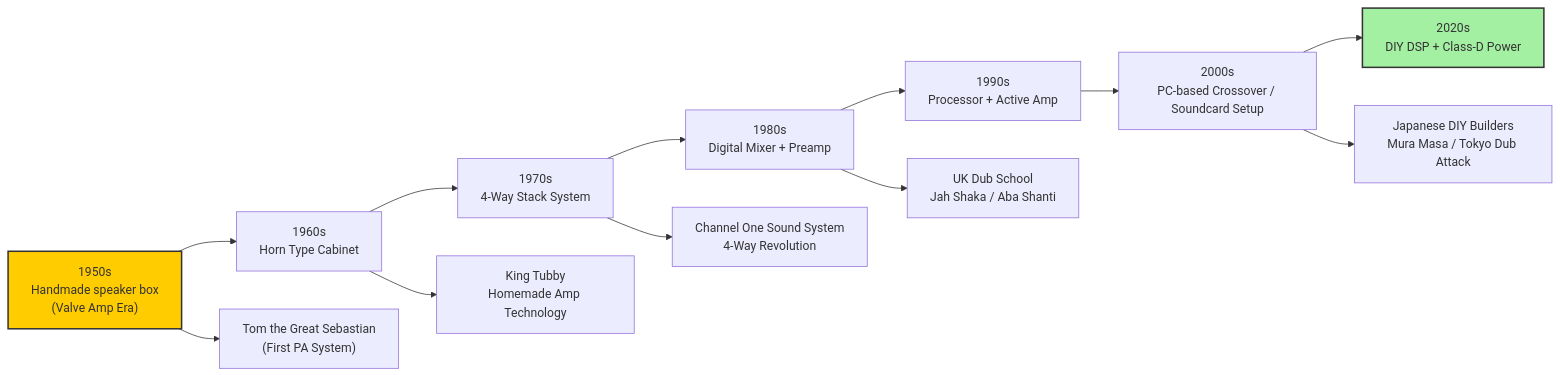
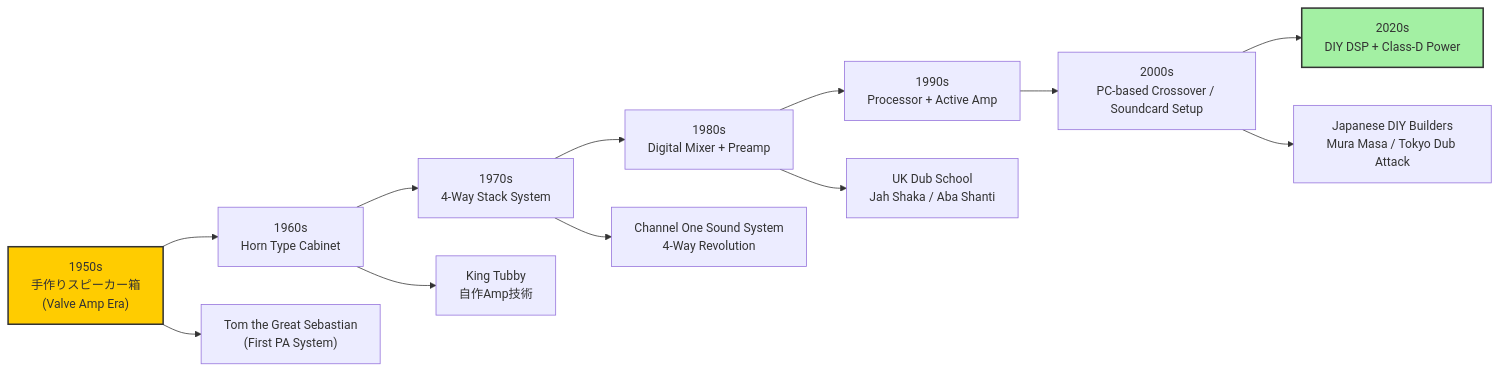
Before and after one commit to monumental-movement/monumental-movement.github.io: the third of 4 diagrams in en/_posts/2025-11-05-column-dancehall.md, drawn with Mermaid. The commit also changed other lines of this file and 775 other files, not shown here.

```diff
--- a/en/_posts/2025-11-05-column-dancehall.md
+++ b/en/_posts/2025-11-05-column-dancehall.md
@@ -265,20 +265,20 @@
 <div class="mermaid">
 
 graph LR
-    A["1950s<br/>Handmade speaker box<br/>(Valve Amp Era)"] --> B["1960s<br/>Horn Type Cabinet"]
+    A["1950s<br/>手作りスピーカー箱<br/>(Valve Amp Era)"] --> B["1960s<br/>Horn Type Cabinet"]
     B --> C["1970s<br/>4-Way Stack System"]
     C --> D["1980s<br/>Digital Mixer + Preamp"]
     D --> E["1990s<br/>Processor + Active Amp"]
     E --> F["2000s<br/>PC-based Crossover / Soundcard Setup"]
     F --> G["2020s<br/>DIY DSP + Class-D Power"]
 
     A --> AA["Tom the Great Sebastian<br/>(First PA System)"]
-    B --> AB["King Tubby<br/>Homemade Amp Technology"]
+    B --> AB["King Tubby<br/>自作Amp技術"]
     C --> AC["Channel One Sound System<br/>4-Way Revolution"]
     D --> AD["UK Dub School<br/>Jah Shaka / Aba Shanti"]
     F --> AE["Japanese DIY Builders<br/>Mura Masa / Tokyo Dub Attack"]
 
     style A fill:#ffcc00,stroke:#333,stroke-width:2px
     style G fill:#a3f0a3,stroke:#333,stroke-width:2px
 
 </div>
```
